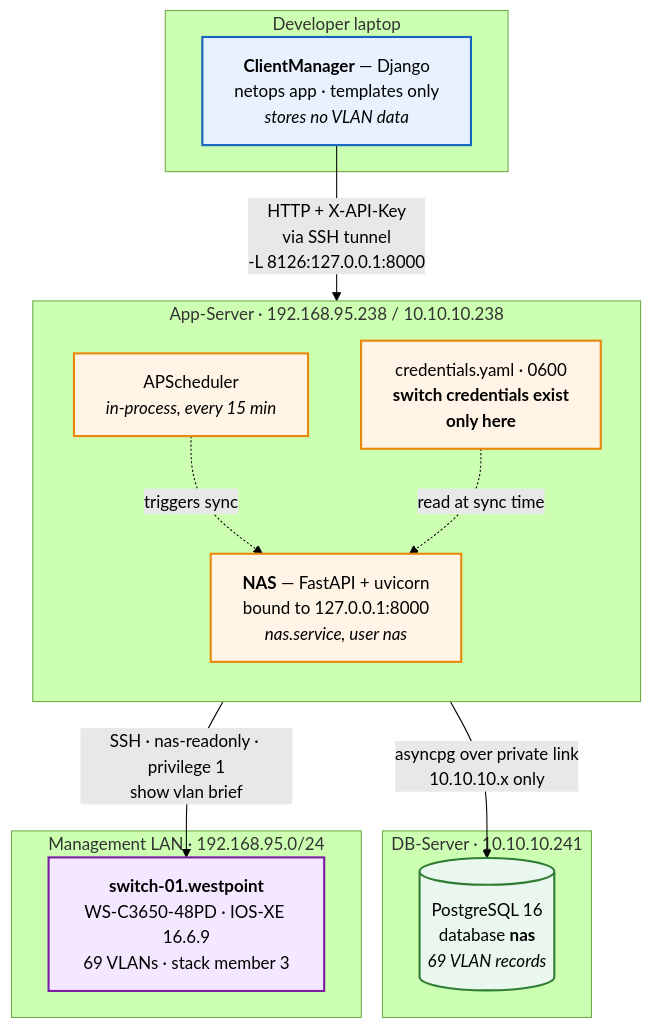
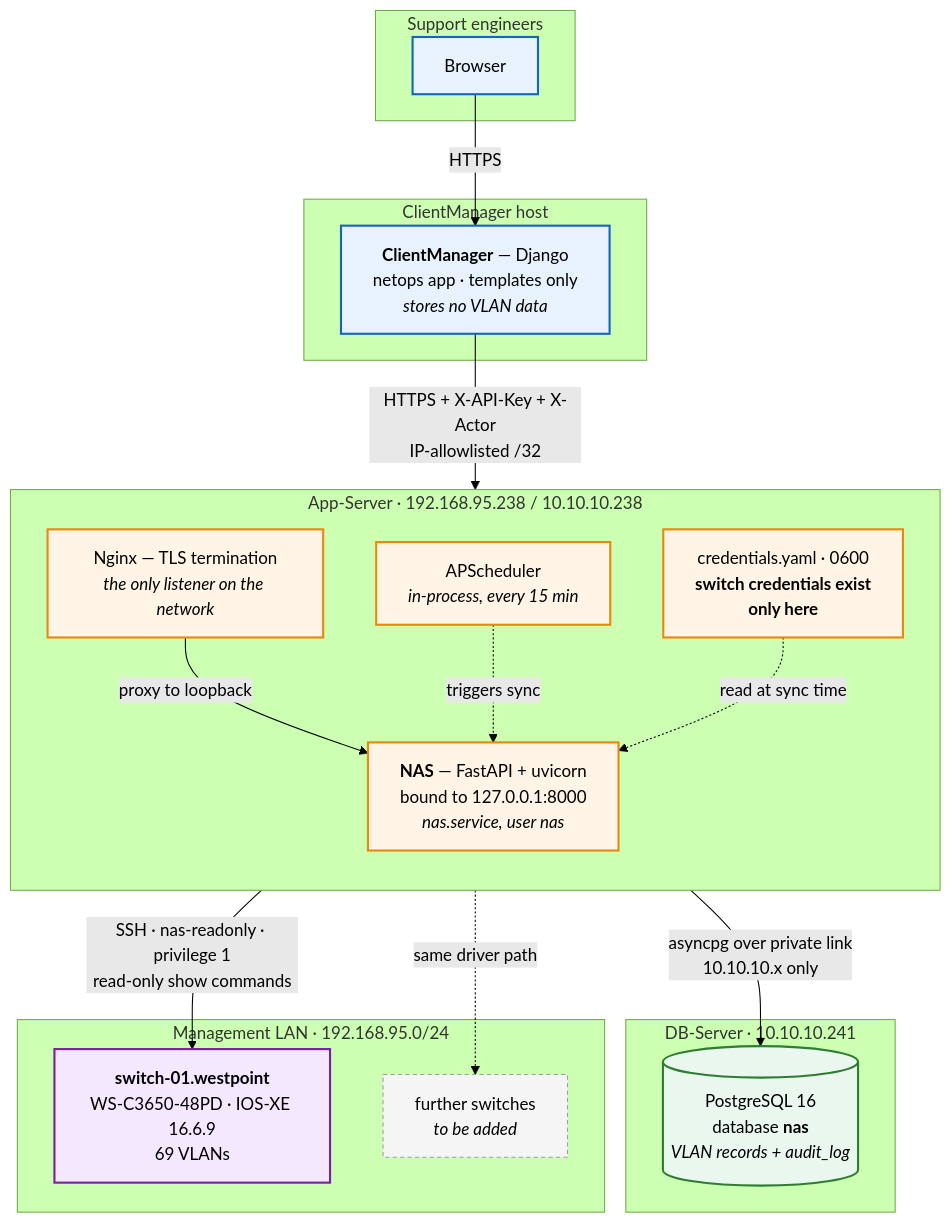
Before and after one commit to gilbert-mutai/NAS: the first of 2 diagrams in docs/architecture.md, drawn with Mermaid (forest theme). The commit also changed other lines of this file and 2 other files, not shown here.

First line of the commit message:
Plan Phase 2 on paper, and make the topology diagram production-only

````diff
--- a/docs/architecture.md
+++ b/docs/architecture.md
@@ -7,36 +7,47 @@
 ```mermaid
 flowchart TB
-    subgraph laptop["Developer laptop"]
+    subgraph users["Support engineers"]
+        ENG["Browser"]
+    end
+
+    subgraph cmhost["ClientManager host"]
         CM["<b>ClientManager</b> — Django<br/>netops app · templates only<br/><i>stores no VLAN data</i>"]
     end
 
     subgraph appsrv["App-Server · 192.168.95.238 / 10.10.10.238"]
         direction TB
+        NGX["Nginx — TLS termination<br/><i>the only listener on the network</i>"]
         NAS["<b>NAS</b> — FastAPI + uvicorn<br/>bound to 127.0.0.1:8000<br/><i>nas.service, user nas</i>"]
         SCHED["APScheduler<br/><i>in-process, every 15 min</i>"]
         CREDS["credentials.yaml · 0600<br/><b>switch credentials exist<br/>only here</b>"]
     end
 
     subgraph dbsrv["DB-Server · 10.10.10.241"]
-        PG[("PostgreSQL 16<br/>database <b>nas</b><br/><i>69 VLAN records</i>")]
+        PG[("PostgreSQL 16<br/>database <b>nas</b><br/><i>VLAN records + audit_log</i>")]
     end
 
     subgraph mgmt["Management LAN · 192.168.95.0/24"]
-        SW["<b>switch-01.westpoint</b><br/>WS-C3650-48PD · IOS-XE 16.6.9<br/>69 VLANs · stack member 3"]
+        SW["<b>switch-01.westpoint</b><br/>WS-C3650-48PD · IOS-XE 16.6.9<br/>69 VLANs"]
+        SWN["further switches<br/><i>to be added</i>"]
     end
 
-    CM -->|"HTTP + X-API-Key<br/>via SSH tunnel<br/>-L 8126:127.0.0.1:8000"| NAS
+    ENG -->|"HTTPS"| CM
+    CM -->|"HTTPS + X-API-Key + X-Actor<br/>IP-allowlisted /32"| NGX
+    NGX -->|"proxy to loopback"| NAS
     SCHED -.->|"triggers sync"| NAS
     CREDS -.->|"read at sync time"| NAS
     NAS -->|"asyncpg over private link<br/>10.10.10.x only"| PG
-    NAS -->|"SSH · nas-readonly · privilege 1<br/>show vlan brief"| SW
+    NAS -->|"SSH · nas-readonly · privilege 1<br/>read-only show commands"| SW
+    NAS -.->|"same driver path"| SWN
 
     classDef trusted fill:#fff4e6,stroke:#e8890c,stroke-width:2px
     classDef consumer fill:#e8f2ff,stroke:#1565c0,stroke-width:2px
     classDef store fill:#eaf7ee,stroke:#2e7d32,stroke-width:2px
     classDef device fill:#f3e8ff,stroke:#7b1fa2,stroke-width:2px
-    class NAS,SCHED,CREDS trusted
-    class CM consumer
+    classDef pending fill:#f5f5f5,stroke:#9e9e9e,stroke-width:1px,stroke-dasharray:4 3
+    class NAS,SCHED,CREDS,NGX trusted
+    class CM,ENG consumer
     class PG store
     class SW device
+    class SWN pending
 ```
````
